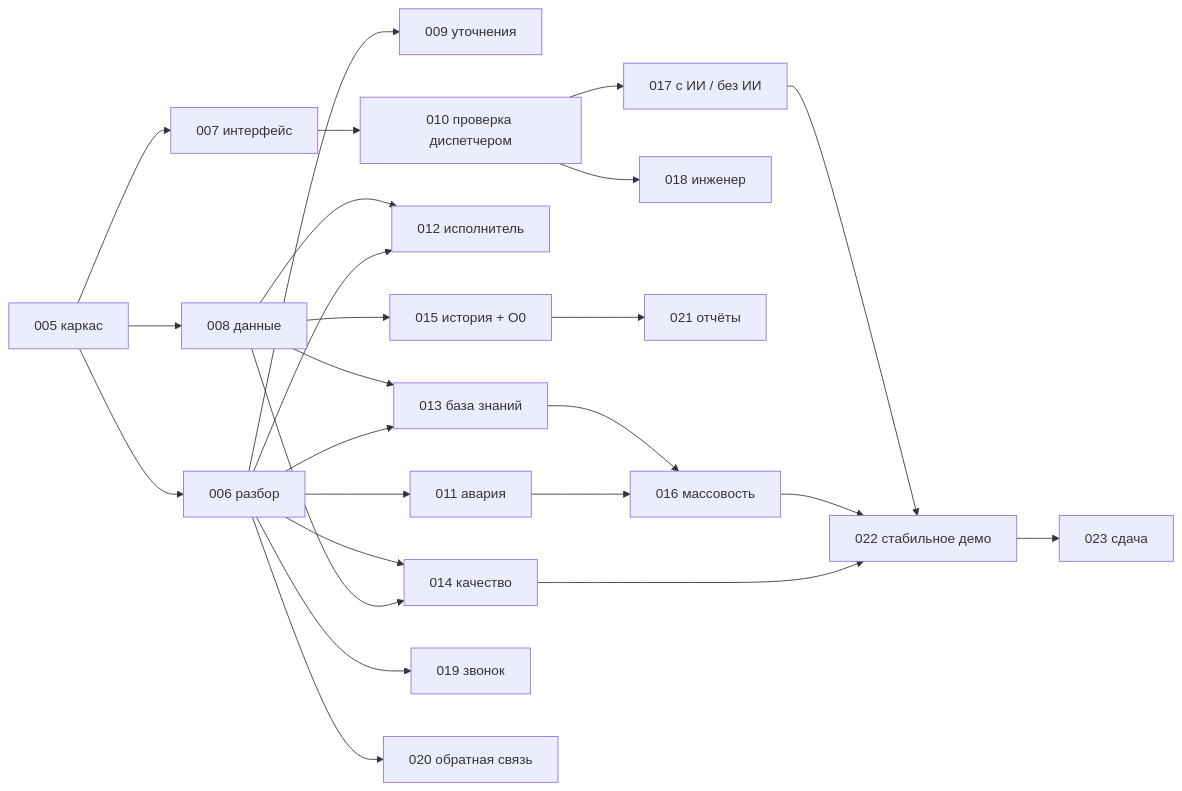
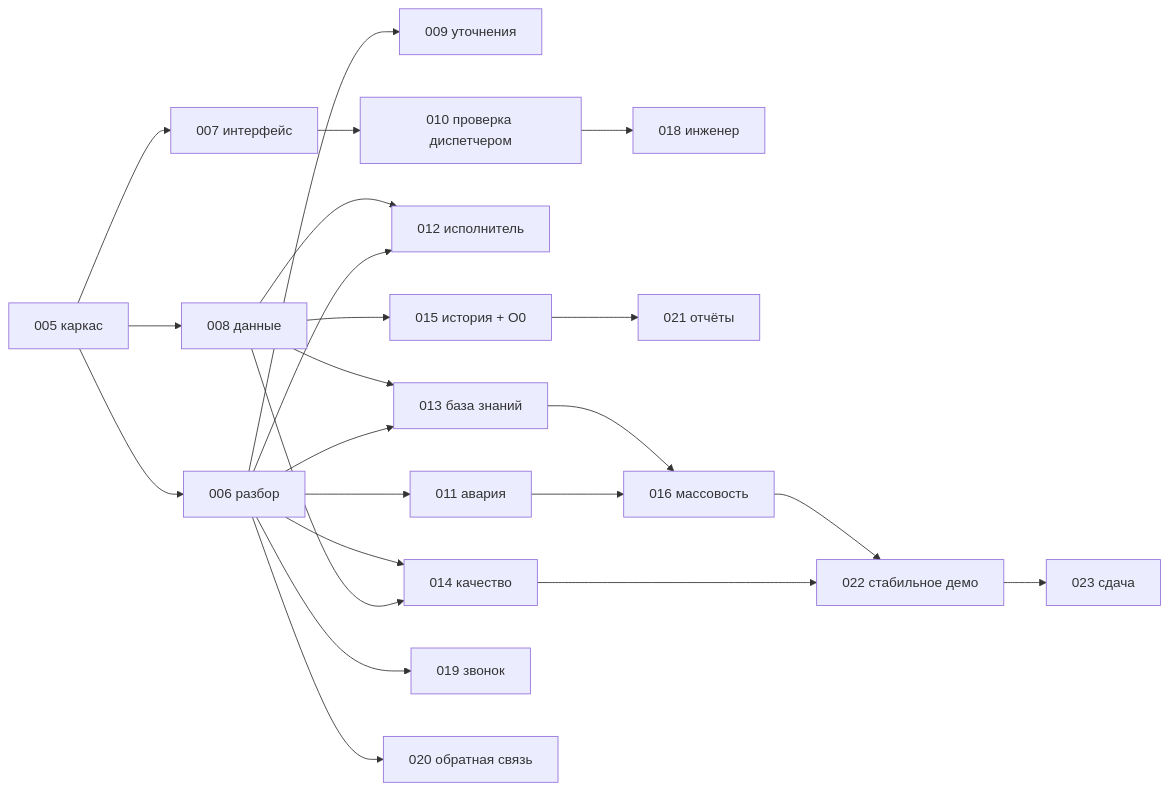
The diagram in docs/plans/case9-core.md (denis-sj/ugracode), drawn with Mermaid before and after one commit. The commit also changed other lines of this file and 68 other files, not shown here.

````diff
--- a/docs/plans/case9-core.md
+++ b/docs/plans/case9-core.md
@@ -77,13 +77,13 @@
 ```mermaid
 flowchart LR
   T005[005 каркас] --> T006[006 разбор] & T007[007 интерфейс] & T008[008 данные]
   T006 --> T009[009 уточнения] & T011[011 авария] & T012[012 исполнитель] & T013[013 база знаний]
-  T007 --> T010[010 проверка диспетчером] --> T017[017 с ИИ / без ИИ] & T018[018 инженер]
+  T007 --> T010[010 проверка диспетчером] --> T018[018 инженер]
   T008 --> T012 & T013 & T014[014 качество]
   T006 --> T014
   T008 --> T015[015 история + О0] --> T021[021 отчёты]
   T011 --> T016[016 массовость]
   T013 --> T016
   T006 --> T019[019 звонок] & T020[020 обратная связь]
-  T014 & T016 & T017 --> T022[022 стабильное демо] --> T023[023 сдача]
+  T014 & T016 --> T022[022 стабильное демо] --> T023[023 сдача]
 ```
````
